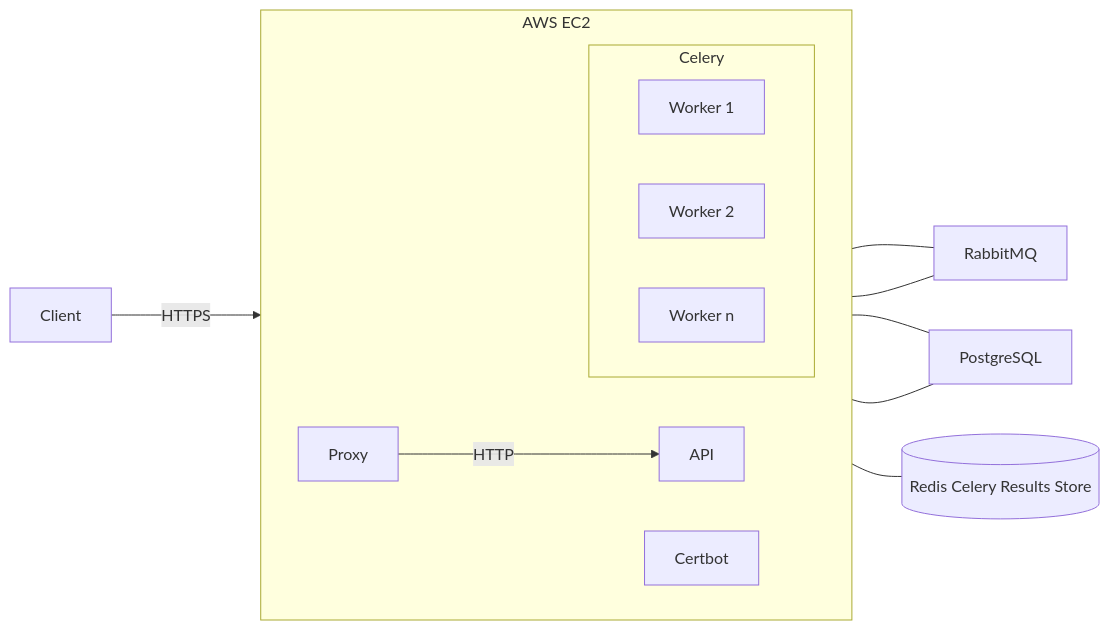
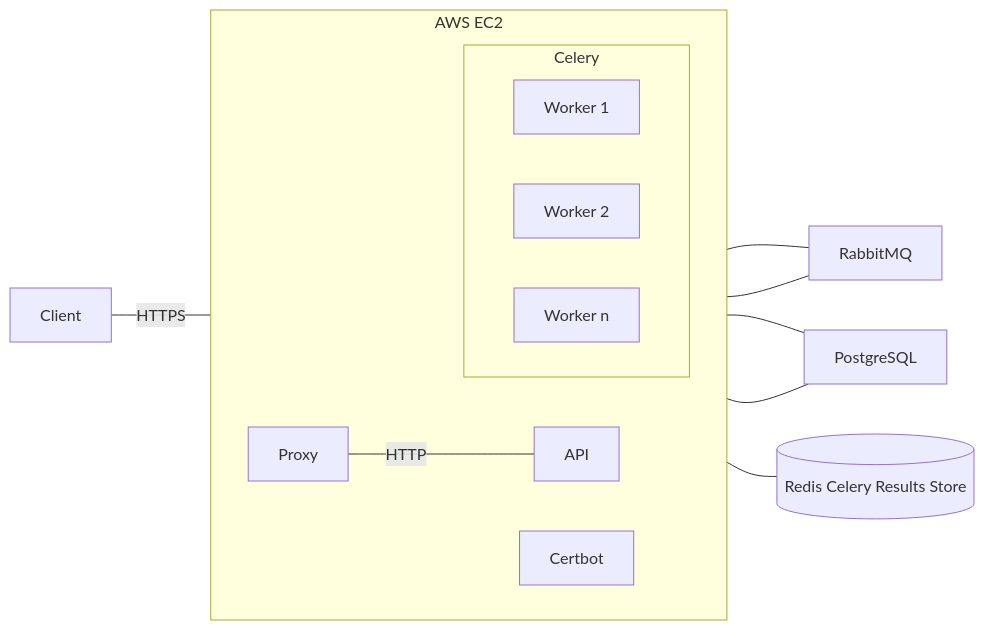
Before and after one commit to sven-gerlach/secure-my-spot-api: the second of 2 diagrams in README.md, drawn with Mermaid. The commit also changed other lines of this file, not shown here.

````diff
--- a/README.md
+++ b/README.md
@@ -98,27 +98,27 @@
 ```mermaid
 graph LR
     C[Client]
     PG[PostgreSQL]
     subgraph AWS [AWS EC2]
         direction LR
         P[Proxy]
         CB[Certbot]
         API[API]
         subgraph CELERY [Celery]
             direction LR
             W1[Worker 1]
             W2[Worker 2]
             Wn[Worker n]
         end
     end
     RQ[RabbitMQ]
     RR[(Redis Celery Results Store)]
 
-    C -- HTTPS ---> P
-    P -- HTTP ---> API
+    C -- HTTPS --- P
+    P -- HTTP --- API
     API --- RQ
     RQ --- CELERY
     CELERY --- RR
     API --- PG
     PG --- CELERY
 ```
````
